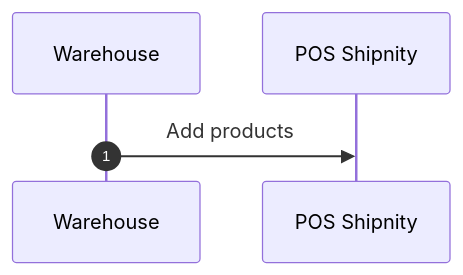
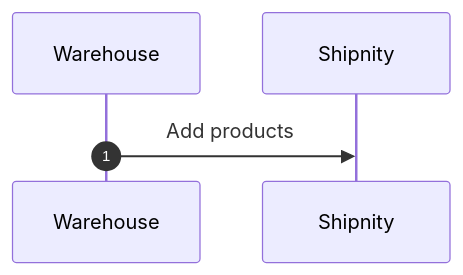
The first of 3 diagrams in online-flow.md (turboza/urthe-documentation), drawn with Mermaid before and after one commit. The commit also changed other lines of this file and 3 other files, not shown here.

````diff
--- a/online-flow.md
+++ b/online-flow.md
@@ -8,9 +8,9 @@
 ```mermaid
 sequenceDiagram
     participant Warehouse
-    participant POS Shipnity
+    participant Shipnity
 
     autonumber
 
-    Warehouse->>POS Shipnity: Add products
+    Warehouse->>Shipnity: Add products
 ```
````
